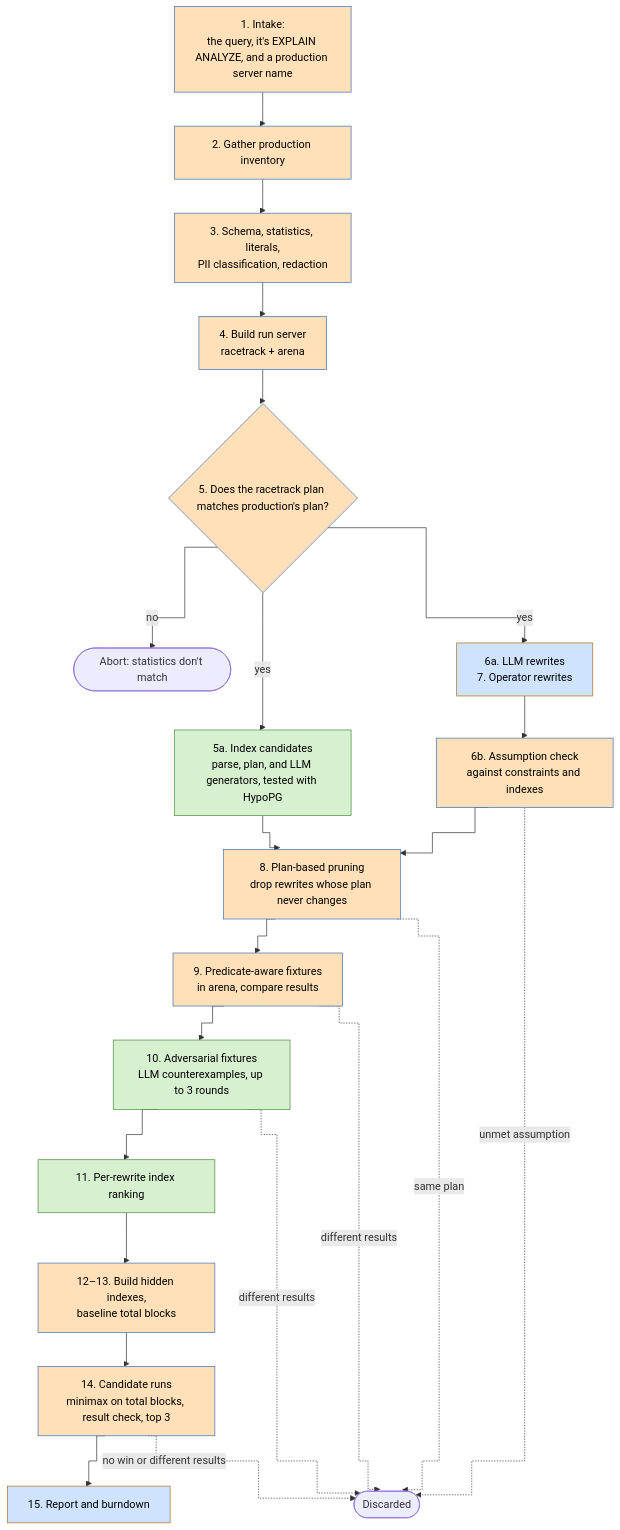
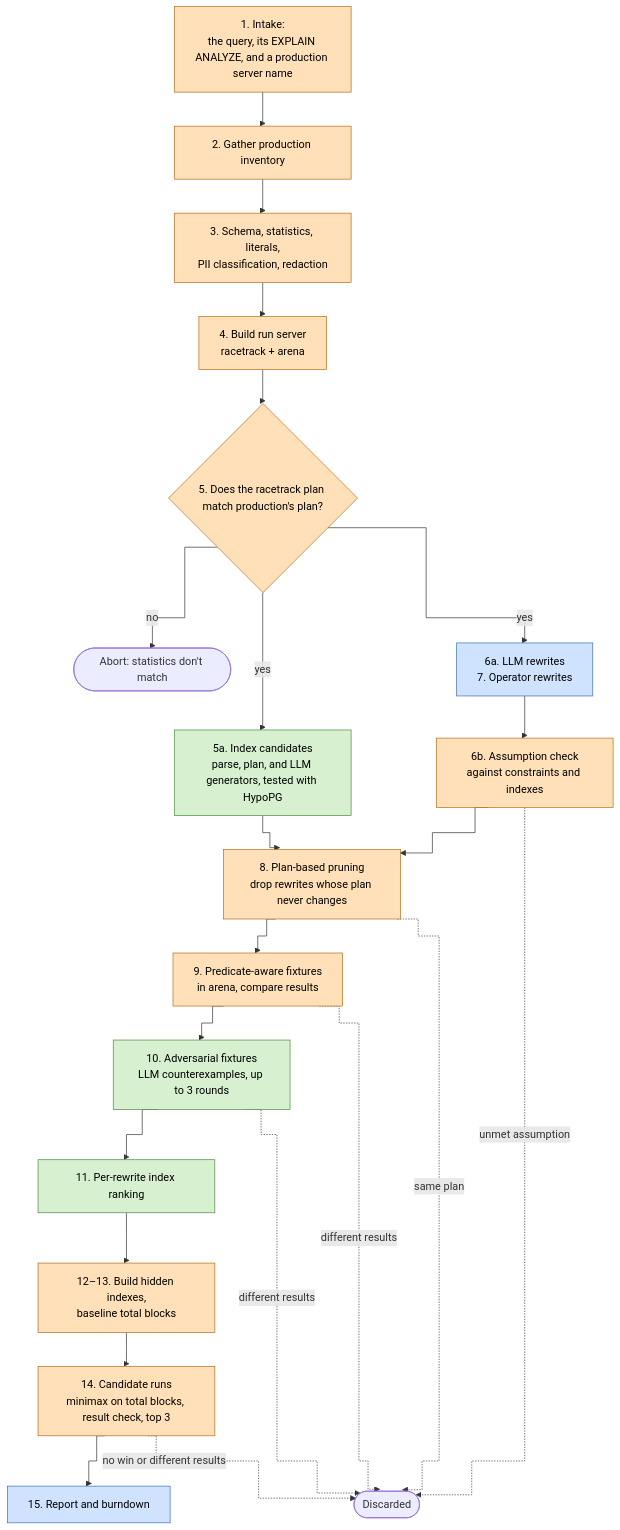
One commit to benchub/quaack changed the second of 2 diagrams in DESIGN.md. Above: the diagram before and after it, drawn with Mermaid. The commit also changed other lines of this file and 1 other file, not shown here.

Commit message:
Docs: fix typos, restore the openai privacy note, and use jump-server-relative paths
The walkthrough's quaack start now passes slow/events.sql, which resolves
from the home directory on the jump server. A ~ path would be expanded by
the laptop's shell first. The structured output note now says what a
reply in the wrong shape does to a run.

````diff
--- a/DESIGN.md
+++ b/DESIGN.md
@@ -62,32 +62,32 @@
 ```mermaid
 %%{init: {"flowchart": {"curve": "step"}}}%%
 flowchart TD
-    s1["1. Intake:<br/>the query, it's EXPLAIN ANALYZE, and a production server name"] --> s2["2. Gather production inventory"]
+    s1["1. Intake:<br/>the query, its EXPLAIN ANALYZE, and a production server name"] --> s2["2. Gather production inventory"]
     s2 --> s3["3. Schema, statistics, literals,<br/>PII classification, redaction"]
     s3 --> s4["4. Build run server<br/>racetrack + arena"]
-    s4 --> s5{"5. Does the racetrack plan matches production's plan?"}
+    s4 --> s5{"5. Does the racetrack plan match production's plan?"}
     s5 -- no --> abort(["Abort: statistics don't match"])
     s5 -- yes --> s5a["5a. Index candidates<br/>parse, plan, and LLM generators, tested with HypoPG"]
     s5 -- yes --> s6a["6a. LLM rewrites<br/>7. Operator rewrites"]
     s6a --> s6b["6b. Assumption check<br/>against constraints and indexes"]
     s5a --> s8
     s6b --> s8["8. Plan-based pruning<br/>drop rewrites whose plan never changes"]
     s8 --> s9["9. Predicate-aware fixtures<br/>in arena, compare results"]
     s9 --> s10["10. Adversarial fixtures<br/>LLM counterexamples, up to 3 rounds"]
     s10 --> s11["11. Per-rewrite index ranking"]
     s11 --> s12["12–13. Build hidden indexes,<br/>baseline total blocks"]
     s12 --> s14["14. Candidate runs<br/>minimax on total blocks, result check, top 3"]
     s14 --> s15["15. Report and burndown"]
     s6b -. unmet assumption .-> out(["Discarded"])
     s8 -. same plan .-> out
     s9 -. different results .-> out
     s10 -. different results .-> out
     s14 -. no win or different results .-> out
 
-    classDef enclave fill:#ffe0b8,stroke:#3b6db3,color:#000
-    classDef driver fill:#cfe3ff,stroke:#b36b12,color:#000
+    classDef enclave fill:#ffe0b8,stroke:#b36b12,color:#000
+    classDef driver fill:#cfe3ff,stroke:#3b6db3,color:#000
     classDef both fill:#d6f0d0,stroke:#4a8a3c,color:#000
     class s1,s2,s3,s4,s5,s6b,s8,s9,s12,s14 enclave
     class s6a,s15 driver
     class s5a,s10,s11 both
 ```
````
